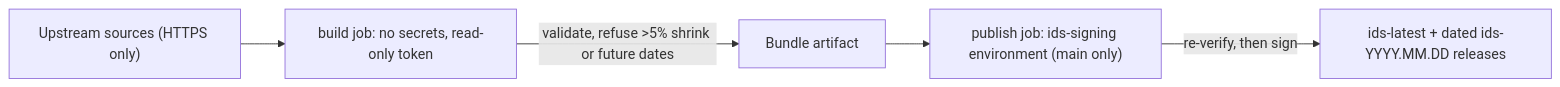
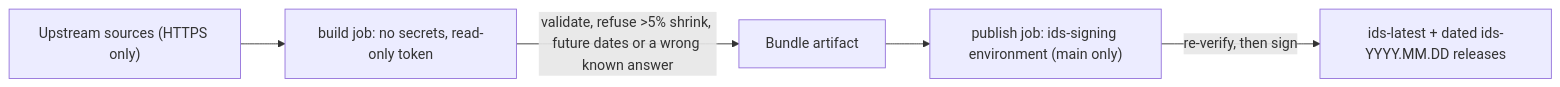
The fourth of 6 diagrams in CONTRIBUTING.md (jiegui2025/hwspec), drawn with Mermaid before and after one commit. The commit also changed other lines of this file and 4 other files, not shown here.

First line of the commit message:
fix(ids): known-answer checks before the weekly bundle is signed

````diff
--- a/CONTRIBUTING.md
+++ b/CONTRIBUTING.md
@@ -206,7 +206,7 @@
 ```mermaid
 flowchart LR
   up["Upstream sources (HTTPS only)"] --> build["build job: no secrets, read-only token"]
-  build -->|"validate, refuse >5% shrink or future dates"| art[Bundle artifact]
+  build -->|"validate, refuse >5% shrink, future dates or a wrong known answer"| art[Bundle artifact]
   art --> pub["publish job: ids-signing environment (main only)"]
   pub -->|"re-verify, then sign"| rel["ids-latest + dated ids-YYYY.MM.DD releases"]
 ```
````
